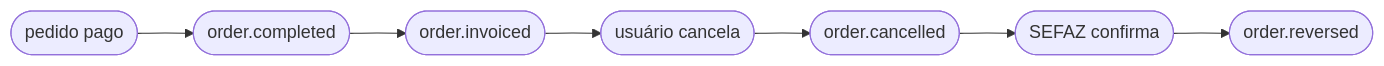
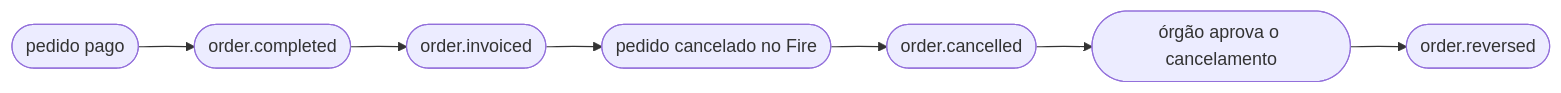
The diagram in pt/events/order-cancelled.mdx (fire-rest/documentation), drawn with Mermaid before and after one commit. The commit also changed other lines of this file and 26 other files, not shown here.

````diff
--- a/pt/events/order-cancelled.mdx
+++ b/pt/events/order-cancelled.mdx
@@ -164,9 +165,9 @@
 ```mermaid
 flowchart LR
     A([pedido pago]) --> B([order.completed])
     B --> C([order.invoiced])
-    C --> D([usuário cancela])
+    C --> D([pedido cancelado no Fire])
     D --> E([order.cancelled])
-    E --> F([SEFAZ confirma])
+    E --> F([órgão aprova o cancelamento])
     F --> G([order.reversed])
 ```
````
